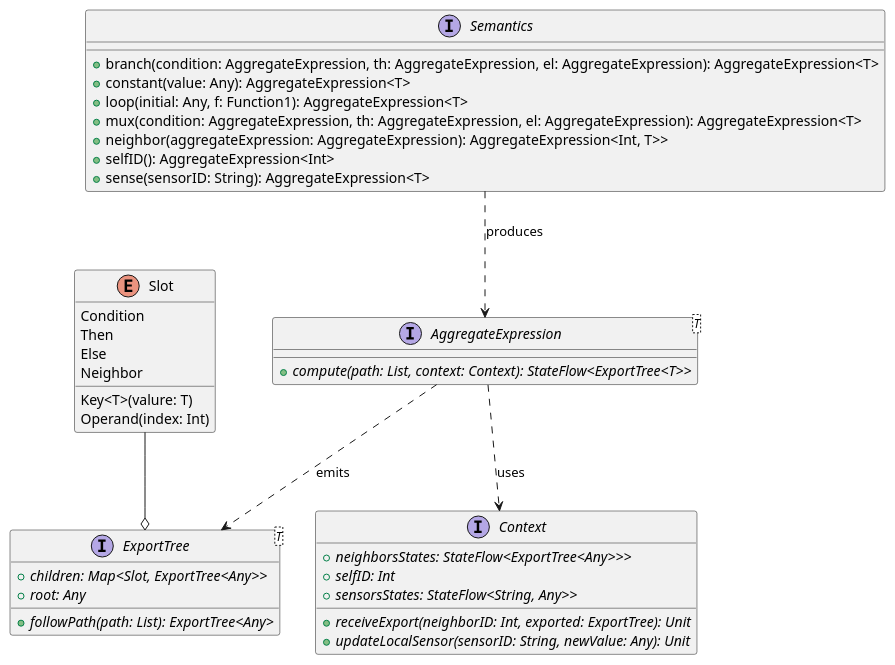
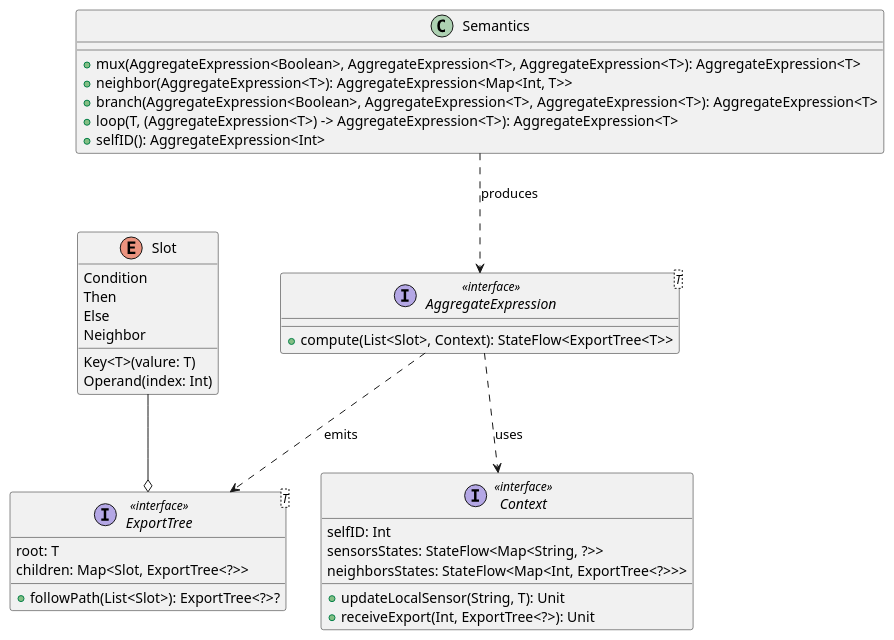
The diagram in diagrams/kotlin-distributed-frp-design.puml (FilippoVissani/master-thesis), drawn with PlantUML before and after one commit. The commit also changed 5 other files, not shown here.

Commit message:
refactor: improve diagrams

```diff
--- a/diagrams/kotlin-distributed-frp-design.puml
+++ b/diagrams/kotlin-distributed-frp-design.puml
@@ -1,44 +1,39 @@
 @startuml
-interface AggregateExpression<T> {
-    +{abstract} compute(path: List, context: Context): StateFlow<ExportTree<T>>
+interface AggregateExpression<T> << interface >> {
+  + compute(List<Slot>, Context): StateFlow<ExportTree<T>>
 }
-
-interface Context {
-    +{abstract} neighborsStates: StateFlow<ExportTree<Any>>>
-    +{abstract} selfID: Int
-    +{abstract} sensorsStates: StateFlow<String, Any>>
-    +{abstract} receiveExport(neighborID: Int, exported: ExportTree): Unit
-    +{abstract} updateLocalSensor(sensorID: String, newValue: Any): Unit
+interface Context << interface >> {
+  + updateLocalSensor(String, T): Unit
+  + receiveExport(Int, ExportTree<?>): Unit
+   selfID: Int
+   sensorsStates: StateFlow<Map<String, ?>>
+   neighborsStates: StateFlow<Map<Int, ExportTree<?>>>
 }
-
-interface ExportTree<T> {
-    +{abstract} children: Map<Slot, ExportTree<Any>>
-    +{abstract} root: Any
-    +{abstract} followPath(path: List): ExportTree<Any>
+interface ExportTree<T> << interface >> {
+  + followPath(List<Slot>): ExportTree<?>?
+   root: T
+   children: Map<Slot, ExportTree<?>>
 }
-
-interface Semantics {
-    +branch(condition: AggregateExpression, th: AggregateExpression, el: AggregateExpression): AggregateExpression<T>
-    +constant(value: Any): AggregateExpression<T>
-    +loop(initial: Any, f: Function1): AggregateExpression<T>
-    +mux(condition: AggregateExpression, th: AggregateExpression, el: AggregateExpression): AggregateExpression<T>
-    +neighbor(aggregateExpression: AggregateExpression): AggregateExpression<Int, T>>
-    +selfID(): AggregateExpression<Int>
-    +sense(sensorID: String): AggregateExpression<T>
+class Semantics {
+  + mux(AggregateExpression<Boolean>, AggregateExpression<T>, AggregateExpression<T>): AggregateExpression<T>
+  + neighbor(AggregateExpression<T>): AggregateExpression<Map<Int, T>>
+  + branch(AggregateExpression<Boolean>, AggregateExpression<T>, AggregateExpression<T>): AggregateExpression<T>
+  + loop(T, (AggregateExpression<T>) -> AggregateExpression<T>): AggregateExpression<T>
+  + selfID(): AggregateExpression<Int>
 }
 
 enum Slot {
     Condition
     Then
     Else
     Key<T>(valure: T)
     Neighbor
     Operand(index: Int)
 }
 
 Semantics ..> AggregateExpression : produces
 AggregateExpression ..> Context : uses
 AggregateExpression ..> ExportTree : emits
 Slot --o ExportTree
 
 @enduml
```
